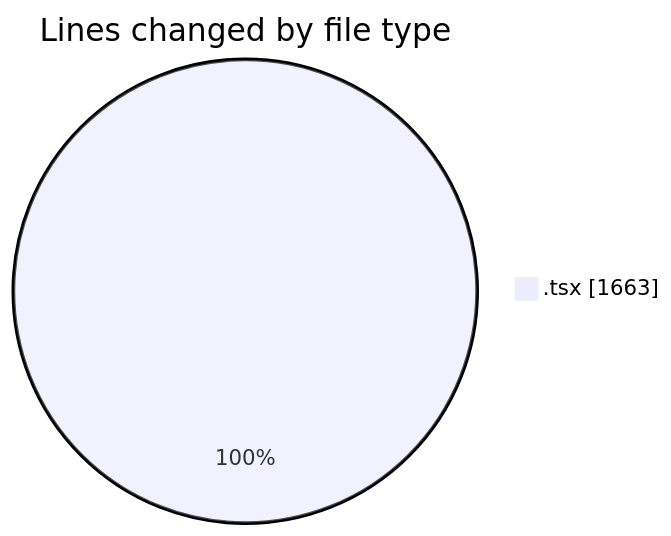
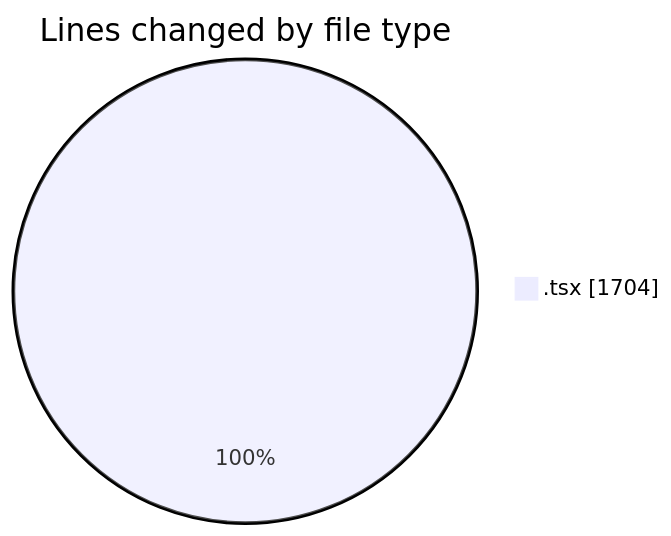
Before and after one commit to momahboobian/code-tracking: the first of 2 diagrams in 2025-06-12/cda/README.md, drawn with Mermaid. The commit also changed other lines of this file and 1 other file, not shown here.

````diff
--- a/2025-06-12/cda/README.md
+++ b/2025-06-12/cda/README.md
@@ -22,5 +22,5 @@
 ```mermaid
 pie showData
 title Lines changed by file type
-".tsx" : 1663
+".tsx" : 1704
 ```
````
